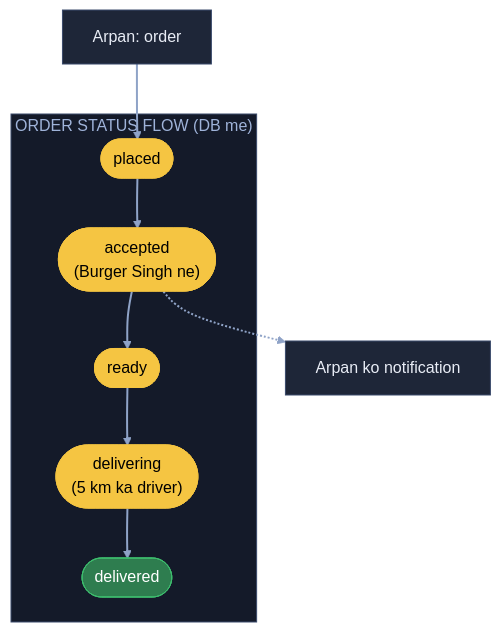
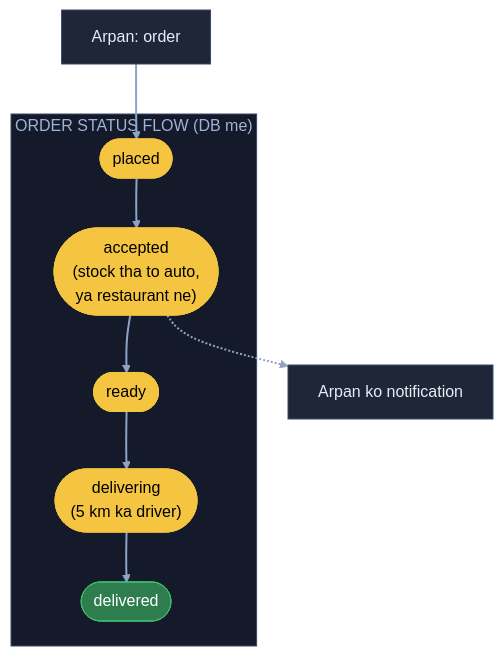
One commit to ArpanMaheshwari144/Prep changed the fourth of 9 diagrams in 04_HLD/SYSTEM_DESIGNS/24_zomato/24_zomato.md. Above: the diagram before and after it, drawn with Mermaid. The commit also changed other lines of this file and 2 other files, not shown here.

Commit message:
Zomato kadam 3 accept = auto / restaurant; cache LRU: Redis andaze wala LRU

````diff
--- a/04_HLD/SYSTEM_DESIGNS/24_zomato/24_zomato.md
+++ b/04_HLD/SYSTEM_DESIGNS/24_zomato/24_zomato.md
@@ -157,16 +157,16 @@
 ```mermaid
 flowchart TB
     A["Arpan: order"]:::card
     subgraph G["ORDER STATUS FLOW (DB me)"]
-        S1(["placed"]):::pill --> S2(["accepted<br/>(Burger Singh ne)"]):::pill --> S3(["ready"]):::pill --> S4(["delivering<br/>(5 km ka driver)"]):::pill --> S5(["delivered"]):::good
+        S1(["placed"]):::pill --> S2(["accepted<br/>(stock tha to auto,<br/>ya restaurant ne)"]):::pill --> S3(["ready"]):::pill --> S4(["delivering<br/>(5 km ka driver)"]):::pill --> S5(["delivered"]):::good
     end
     N["Arpan ko notification"]:::card
     A --> S1
     S2 -.-> N
     linkStyle default stroke:#8fa3c7,stroke-width:2px
     classDef card fill:#1e2638,stroke:#3a4a6b,color:#e8ecf5
     classDef pill fill:#f5c542,stroke:#f5c542,color:#000
     classDef good fill:#2e7d4f,stroke:#3fbf6f,color:#fff
     classDef bad fill:#5c1f24,stroke:#e05561,color:#fff
     style G fill:#141a29,stroke:#3a4a6b,color:#9fb3d9
 ```
````
